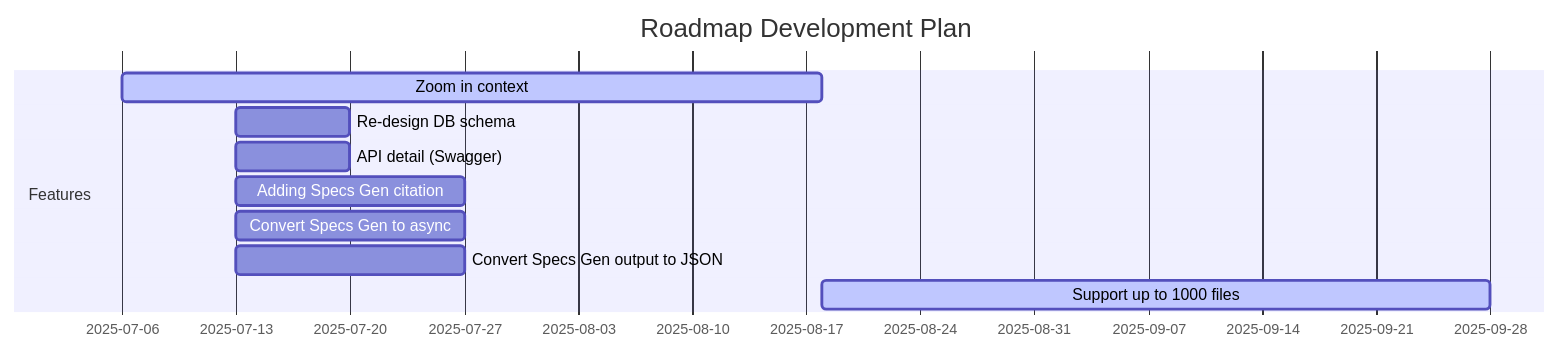
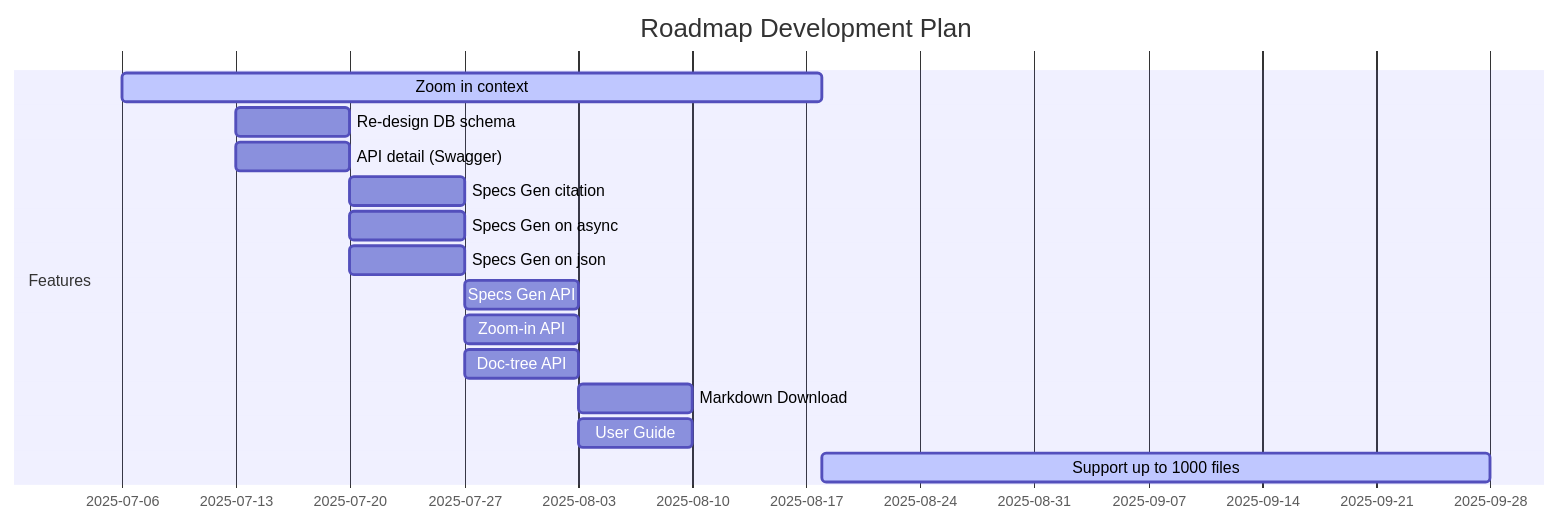
One commit to anhttmle/CAIO changed the diagram in C2B/Phase 2/Roadmap.md. Above: the diagram before and after it, drawn with Mermaid.

````diff
--- a/C2B/Phase 2/Roadmap.md
+++ b/C2B/Phase 2/Roadmap.md
@@ -3,21 +3,28 @@
 ```mermaid
 
 gantt
     title Roadmap Development Plan
     dateFormat  YYYY-MM-DD
     axisFormat  %Y-%m-%d
     section Features
     Zoom in context                     :active, zoom, 2025-07-06, 2025-08-18
 
     Re-design DB schema                :db_schema, 2025-07-13, 2025-07-20
     API detail (Swagger)            :doc_api, 2025-07-13, 2025-07-20
 
-    Adding Specs Gen citation             :citation_api, 2025-07-13, 2025-07-27
-    Convert Specs Gen to async         :specs_async, 2025-07-13, 2025-07-27
-    Convert Specs Gen output to JSON             :convert_json, 2025-07-13, 2025-07-27
+    Specs Gen citation             :citation_api, 2025-07-20, 2025-07-27
+    Specs Gen on async         :specs_async, 2025-07-20, 2025-07-27
+    Specs Gen on json             :convert_json, 2025-07-20, 2025-07-27
     
-    
-    
+    Specs Gen API   :gen_specs, 2025-07-27, 2025-08-03
+    Zoom-in API   :zoom-in, 2025-07-27, 2025-08-03
+    Doc-tree API   :doc-tree, 2025-07-27, 2025-08-03
+
+    Markdown Download   :markdown, 2025-08-03, 2025-08-10
+    User Guide          :user-guide, 2025-08-03, 2025-08-10
+
+
     Support up to 1000 files           :active, scale_up, 2025-08-18, 2025-09-28
 
+
 ```
````
